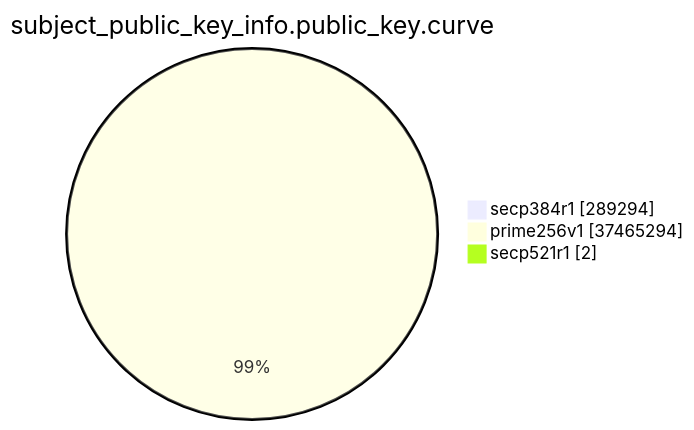
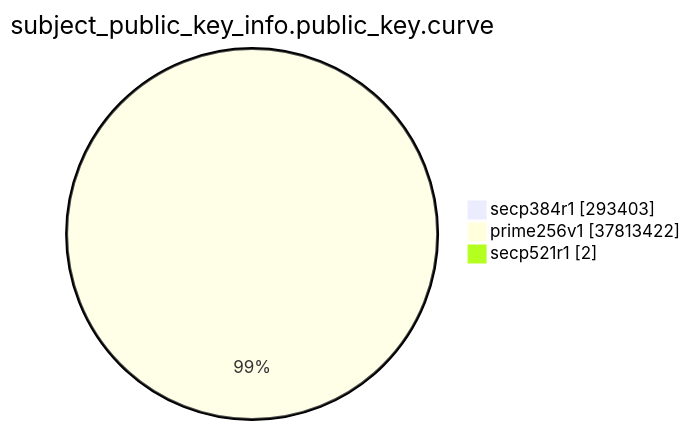
Before and after one commit to christiankrug/ctmonitor_visualization: the eighth of 15 diagrams in xenon2023/README.md, drawn with Mermaid. The commit also changed other lines of this file, not shown here.

````diff
--- a/xenon2023/README.md
+++ b/xenon2023/README.md
@@ -2155,7 +2158,7 @@
 ```mermaid
 pie showData
 title subject_public_key_info.public_key.curve
-"secp384r1" :289294
-"prime256v1" :37465294
+"secp384r1" :293403
+"prime256v1" :37813422
 "secp521r1" :2
 ```
````
